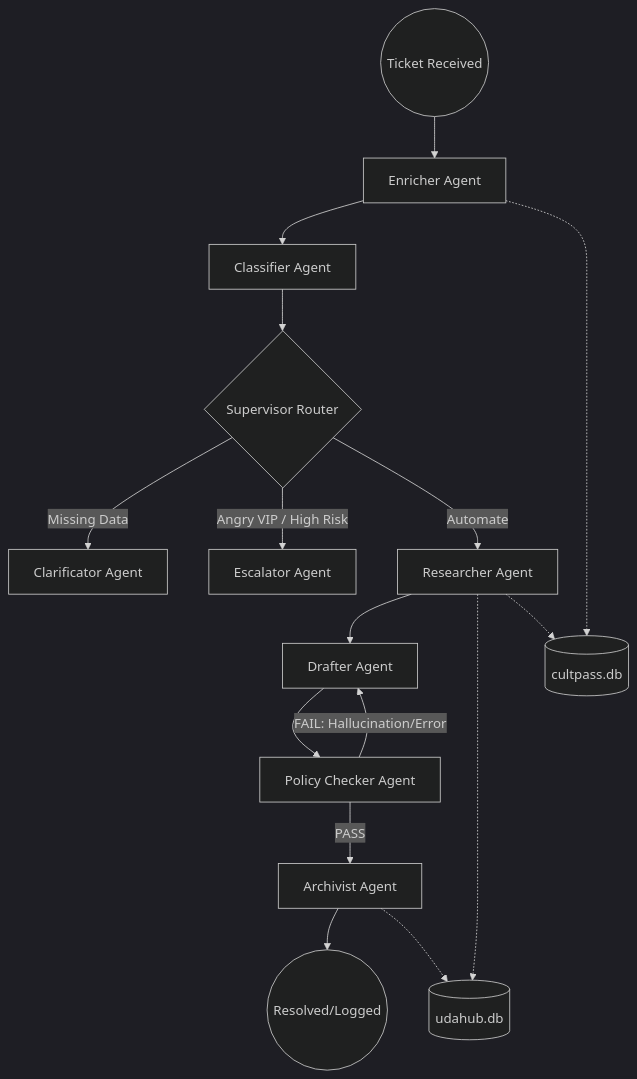
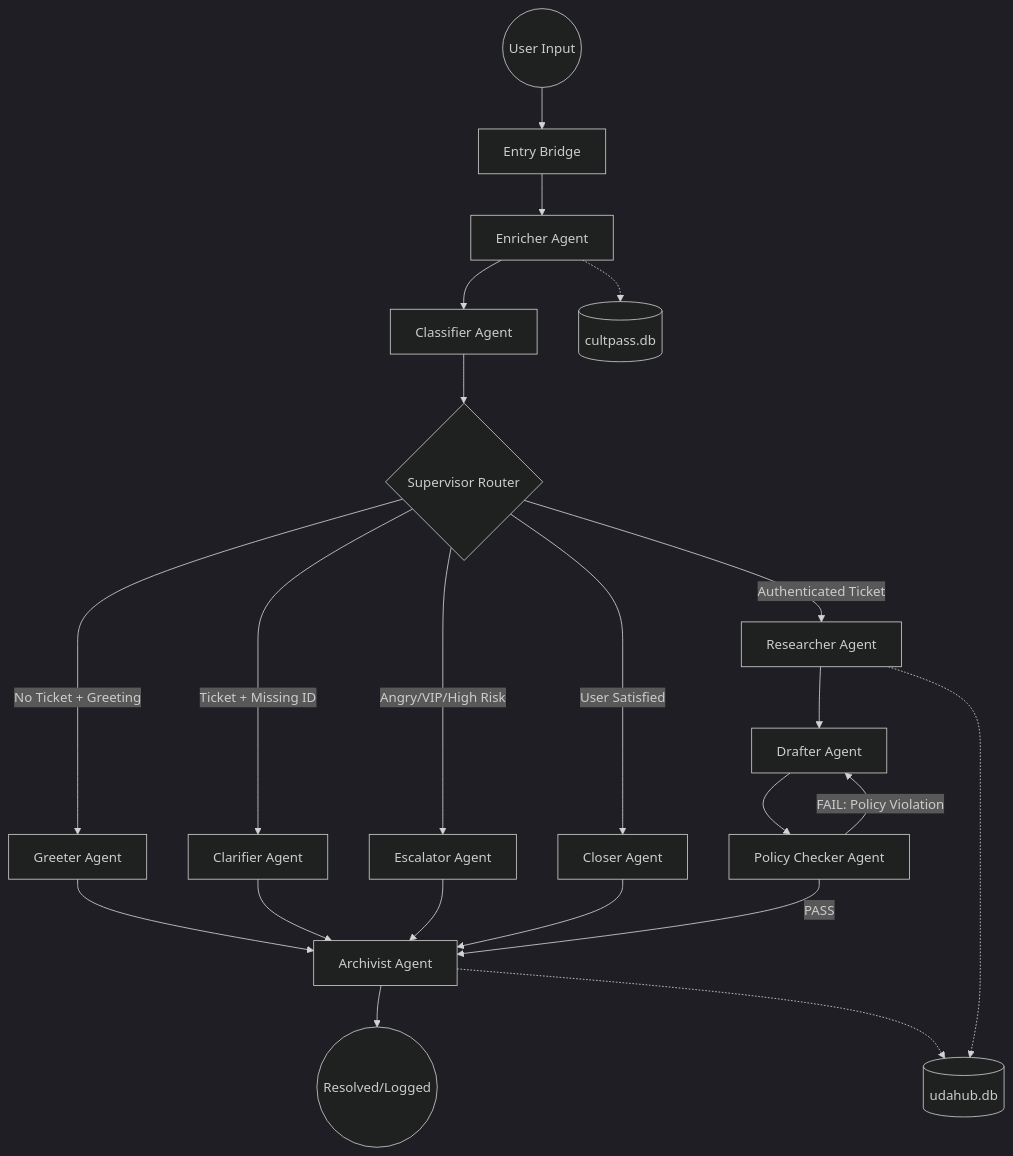
One commit to hsefati/uda_hub changed the diagram in uda_hub/agentic/design/design_and_architecture.md. Above: the diagram before and after it, drawn with Mermaid (dark theme). The commit also changed other lines of this file and 2 other files, not shown here.

````diff
--- a/uda_hub/agentic/design/design_and_architecture.md
+++ b/uda_hub/agentic/design/design_and_architecture.md
@@ -11,31 +11,38 @@
 ```mermaid
 graph TD
     %% Entry Point
-    Start((Ticket Received)) --> Enricher[Enricher Agent]
+    Start((User Input)) --> Bridge[Entry Bridge]
+    Bridge --> Enricher[Enricher Agent]
     Enricher --> Classifier[Classifier Agent]
 
     %% Router Logic
     Classifier --> Supervisor{Supervisor Router}
 
     %% Branching Paths
-    Supervisor -- "Missing Data" --> Clarifier[Clarificator Agent]
-    Supervisor -- "Angry VIP / High Risk" --> Escalator[Escalator Agent]
-    Supervisor -- "Automate" --> Researcher[Researcher Agent]
+    Supervisor -- "No Ticket + Greeting" --> Greeter[Greeter Agent]
+    Supervisor -- "Ticket + Missing ID" --> Clarifier[Clarifier Agent]
+    Supervisor -- "Angry/VIP/High Risk" --> Escalator[Escalator Agent]
+    Supervisor -- "User Satisfied" --> Closer[Closer Agent]
+    Supervisor -- "Authenticated Ticket" --> Researcher[Researcher Agent]
 
     %% Main Automation Loop
     Researcher --> Drafter[Drafter Agent]
     Drafter --> QA[Policy Checker Agent]
 
     %% Self-Correction Loop
-    QA -- "FAIL: Hallucination/Error" --> Drafter
+    QA -- "FAIL: Policy Violation" --> Drafter
 
-    %% Finalization
-    QA -- "PASS" --> Archivist[Archivist Agent]
+    %% The 'All Roads Lead to Rome' Archive Pattern
+    Greeter --> Archivist[Archivist Agent]
+    Clarifier --> Archivist
+    Escalator --> Archivist
+    Closer --> Archivist
+    QA -- "PASS" --> Archivist
+
     Archivist --> End((Resolved/Logged))
 
     %% Data Connections
     Researcher -.-> DB1[(udahub.db)]
-    Researcher -.-> DB2[(cultpass.db)]
-    Enricher -.-> DB2
+    Enricher -.-> DB2[(cultpass.db)]
     Archivist -.-> DB1
 ```
````
